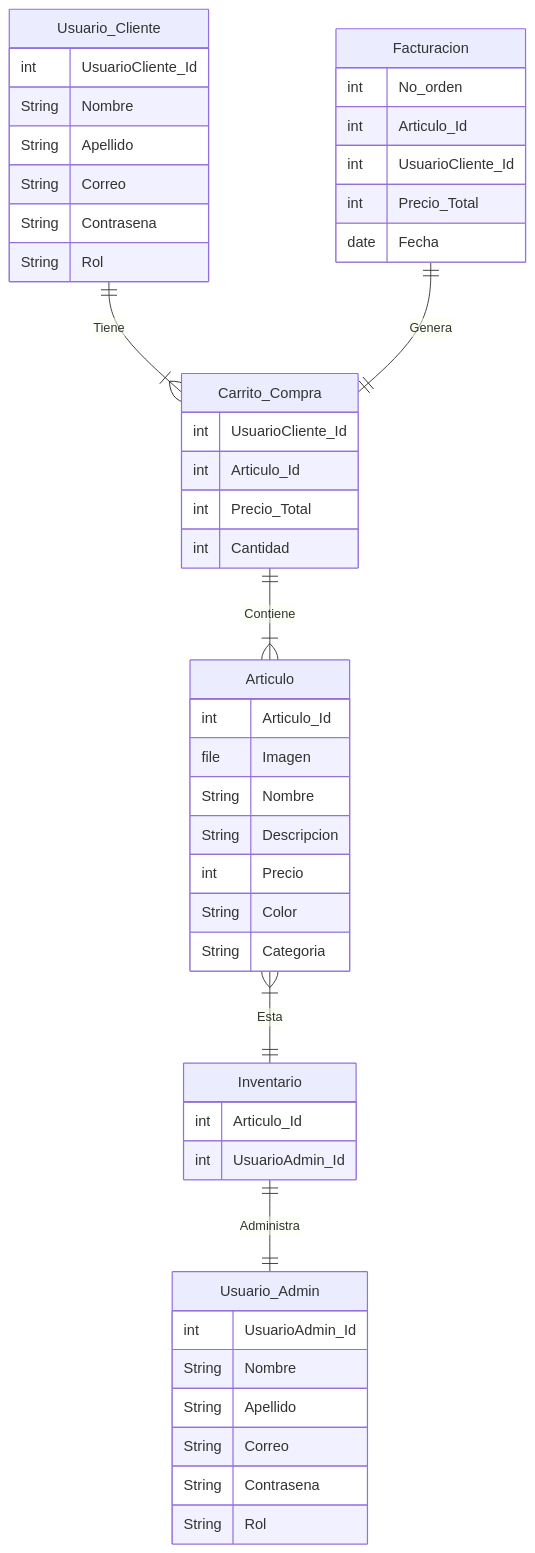
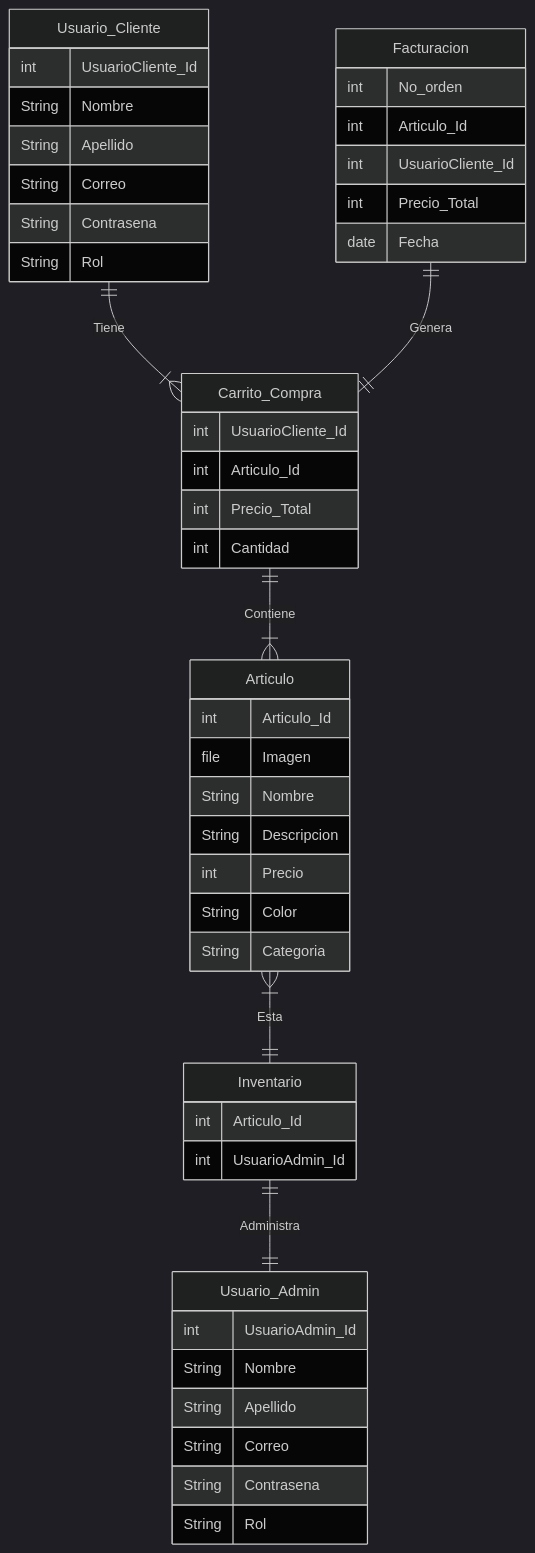
Before and after one commit to ingcdsantamaria/Degorra: the second of 2 diagrams in README.md, drawn with Mermaid.

Commit message:
Diagrama de Entidad de relacion 17.0

````diff
--- a/README.md
+++ b/README.md
@@ -29,52 +29,52 @@
 ```mermaid
-%%{init: {'darkMode': 'True'}}%%
+%%{init: {'darkMode': 'True', 'theme':'dark'}}%%
 
 erDiagram
     Usuario_Cliente ||--|{ Carrito_Compra : Tiene
     Usuario_Cliente{
       int UsuarioCliente_Id
       String Nombre
       String Apellido
       String Correo
       String Contrasena
       String Rol
     }
     Carrito_Compra ||--|{Articulo : Contiene
     Carrito_Compra{
         int UsuarioCliente_Id
         int Articulo_Id
         int Precio_Total
         int Cantidad
     }
     Articulo }|--||Inventario : Esta
     Articulo{
       int Articulo_Id
       file Imagen
       String Nombre
       String Descripcion
       int Precio
       String Color
       String Categoria
     }
     Inventario ||--|| Usuario_Admin : Administra
     Inventario{
       int Articulo_Id
       int UsuarioAdmin_Id
     }
     Usuario_Admin{
       int UsuarioAdmin_Id
       String Nombre
       String Apellido
       String Correo
       String Contrasena
       String Rol
     }
     Facturacion ||--||Carrito_Compra : Genera
     Facturacion{
       int No_orden
       int Articulo_Id
       int UsuarioCliente_Id
       int Precio_Total
       date Fecha
     }
 ```
````
